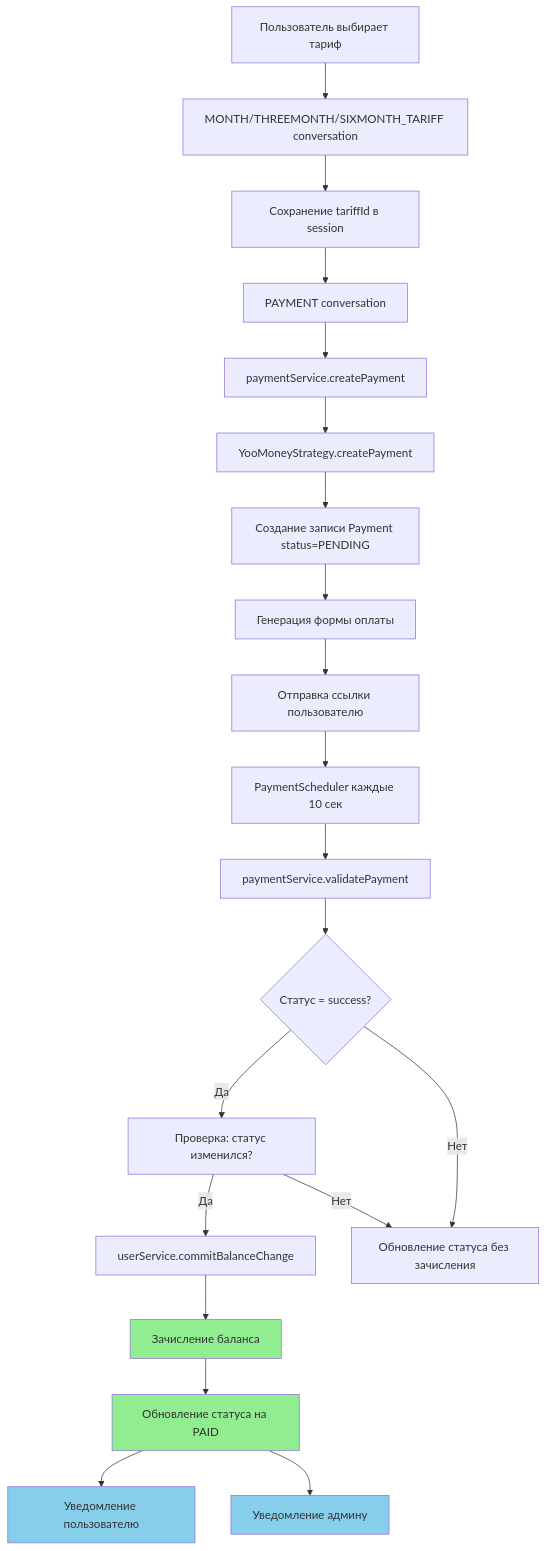
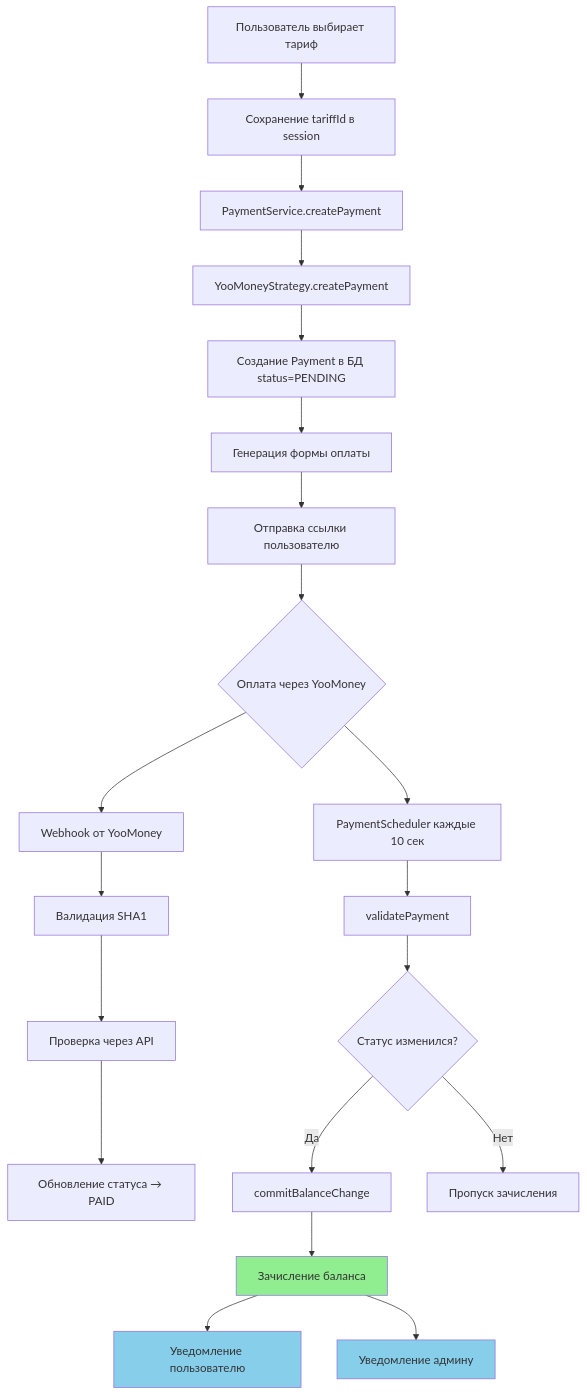
Before and after one commit to applehawk/pb-bananabot: the diagram in docs/PAYMENT-WORKFLOW.md, drawn with Mermaid. The commit also changed other lines of this file and 19 other files, not shown here.

````diff
--- a/docs/PAYMENT-WORKFLOW.md
+++ b/docs/PAYMENT-WORKFLOW.md
@@ -470,30 +545,31 @@
 ```mermaid
 graph TD
-    A[Пользователь выбирает тариф] --> B[MONTH/THREEMONTH/SIXMONTH_TARIFF conversation]
-    B --> C[Сохранение tariffId в session]
-    C --> D[PAYMENT conversation]
-    D --> E[paymentService.createPayment]
-    E --> F[YooMoneyStrategy.createPayment]
-    F --> G[Создание записи Payment status=PENDING]
-    G --> H[Генерация формы оплаты]
-    H --> I[Отправка ссылки пользователю]
+    A[Пользователь выбирает тариф] --> B[Сохранение tariffId в session]
+    B --> C[PaymentService.createPayment]
+    C --> D[YooMoneyStrategy.createPayment]
+    D --> E[Создание Payment в БД status=PENDING]
+    E --> F[Генерация формы оплаты]
+    F --> G[Отправка ссылки пользователю]
 
-    I --> J[PaymentScheduler каждые 10 сек]
-    J --> K[paymentService.validatePayment]
-    K --> L{Статус = success?}
+    G --> H{Оплата через YooMoney}
 
-    L -->|Да| M[Проверка: статус изменился?]
-    M -->|Да| N[userService.commitBalanceChange]
-    N --> O[Зачисление баланса]
-    O --> P[Обновление статуса на PAID]
-    P --> Q[Уведомление пользователю]
-    P --> R[Уведомление админу]
+    H --> I[Webhook от YooMoney]
+    I --> J[Валидация SHA1]
+    J --> K[Проверка через API]
+    K --> L[Обновление статуса → PAID]
 
-    L -->|Нет| S[Обновление статуса без зачисления]
-    M -->|Нет| S
+    H --> M[PaymentScheduler каждые 10 сек]
+    M --> N[validatePayment]
+    N --> O{Статус изменился?}
 
-    style O fill:#90EE90
-    style P fill:#90EE90
-    style Q fill:#87CEEB
+    O -->|Да| P[commitBalanceChange]
+    P --> Q[Зачисление баланса]
+    Q --> R[Уведомление пользователю]
+    Q --> S[Уведомление админу]
+
+    O -->|Нет| T[Пропуск зачисления]
+
+    style Q fill:#90EE90
     style R fill:#87CEEB
+    style S fill:#87CEEB
 ```
````
